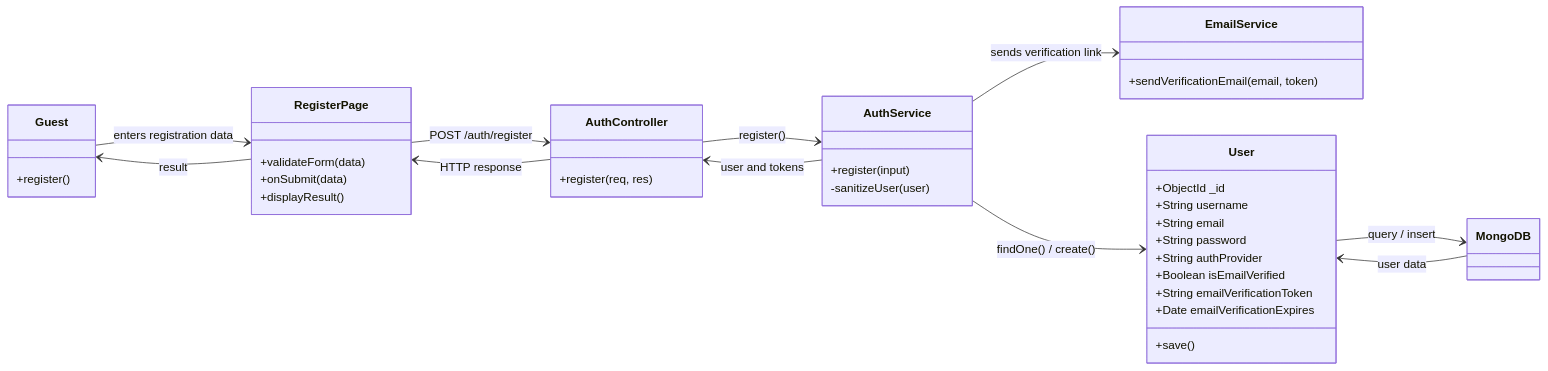
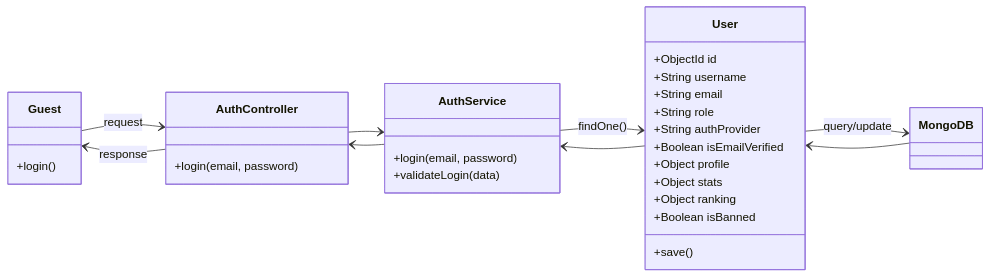
One commit to SUMMER2026SE/wdp301-rbl-project-wdp_se18d08_group-5 changed the third of 60 diagrams in docs/19_Detailed_Design.md. Above: the diagram before and after it, drawn with Mermaid. The commit also changed other lines of this file, not shown here.

````diff
--- a/docs/19_Detailed_Design.md
+++ b/docs/19_Detailed_Design.md
@@ -97,52 +258,42 @@
 ```mermaid
 classDiagram
 direction LR
 
 class Guest {
-    +register()
-}
-
-class RegisterPage {
-    +validateForm(data)
-    +onSubmit(data)
-    +displayResult()
+    +login()
 }
 
 class AuthController {
-    +register(req, res)
+    +login(email, password)
 }
 
 class AuthService {
-    +register(input)
-    -sanitizeUser(user)
-}
-
-class EmailService {
-    +sendVerificationEmail(email, token)
+    +login(email, password)
+    +validateLogin(data)
 }
 
 class User {
-    +ObjectId _id
+    +ObjectId id
     +String username
     +String email
-    +String password
+    +String role
     +String authProvider
     +Boolean isEmailVerified
-    +String emailVerificationToken
-    +Date emailVerificationExpires
+    +Object profile
+    +Object stats
+    +Object ranking
+    +Boolean isBanned
     +save()
 }
 
 class MongoDB
 
-Guest --> RegisterPage : enters registration data
-RegisterPage --> AuthController : POST /auth/register
-AuthController --> AuthService : register()
-AuthService --> User : findOne() / create()
-AuthService --> EmailService : sends verification link
-User --> MongoDB : query / insert
-MongoDB --> User : user data
-AuthService --> AuthController : user and tokens
-AuthController --> RegisterPage : HTTP response
-RegisterPage --> Guest : result
+Guest --> AuthController : request
+AuthController --> AuthService
+AuthService --> User : findOne()
+User --> MongoDB : query/update
+MongoDB --> User
+User --> AuthService
+AuthService --> AuthController
+AuthController --> Guest : response
 ```
````
